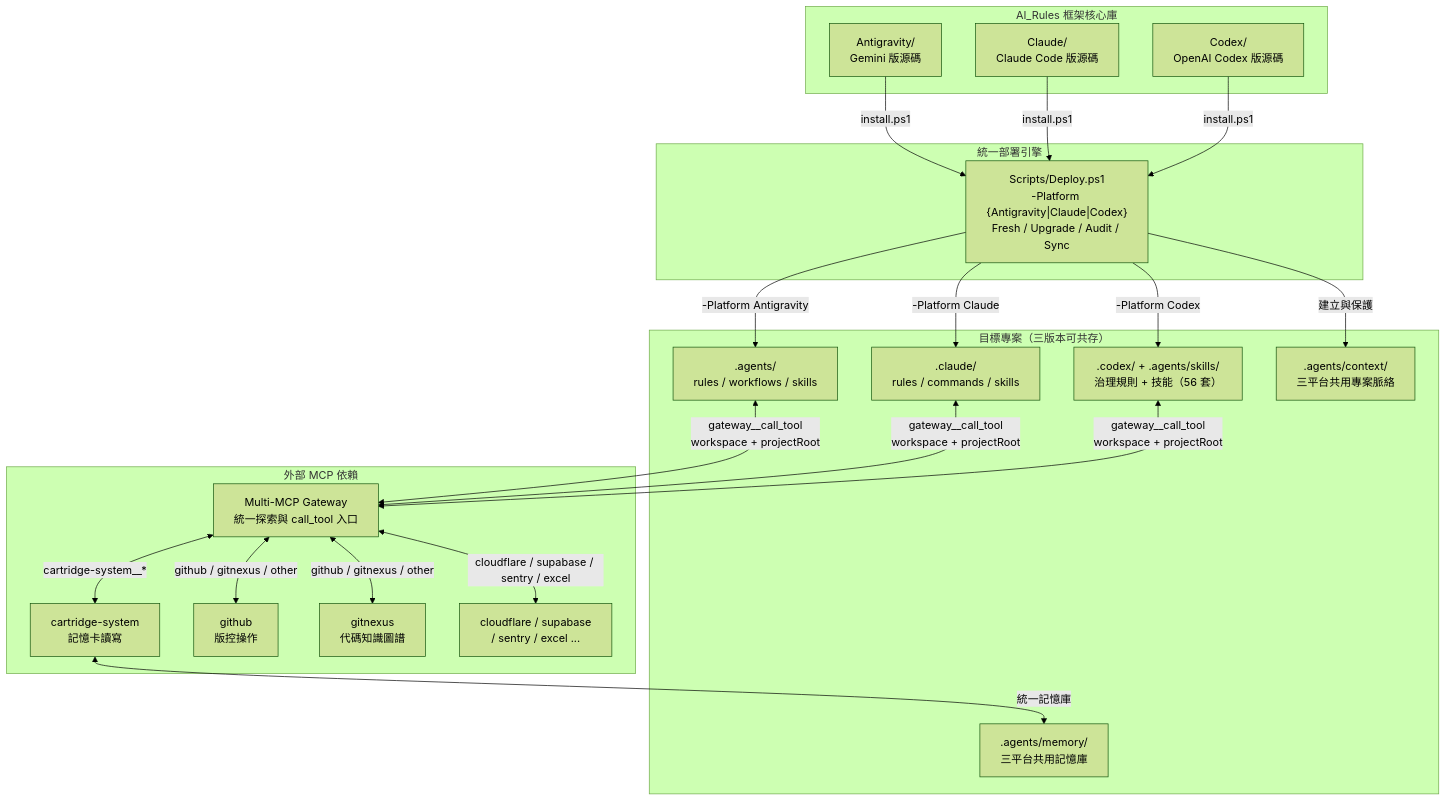
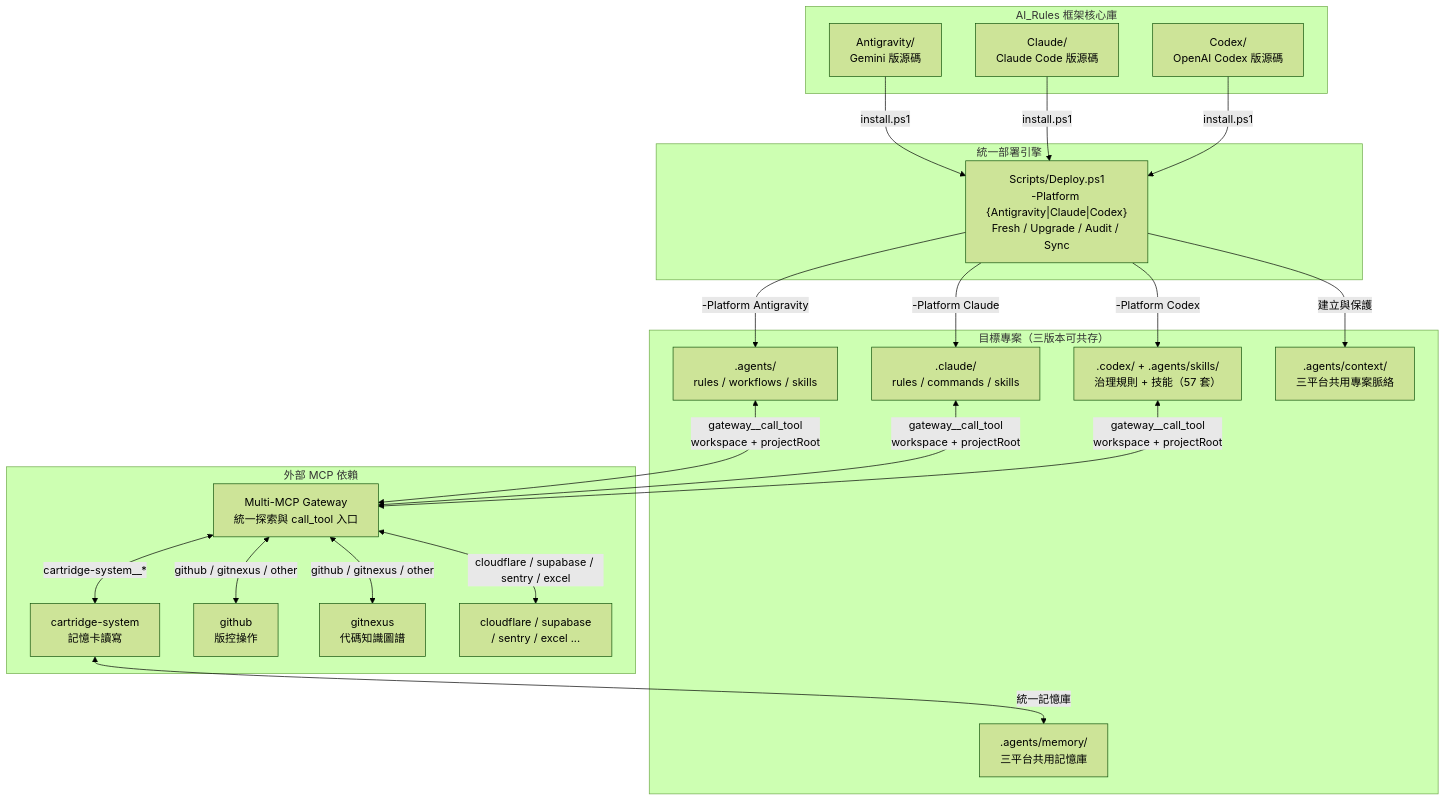
The first of 3 diagrams in README.md (Kunshao1117/AI_Rules), drawn with Mermaid (forest theme) before and after one commit. The commit also changed other lines of this file and 18 other files, not shown here.

````diff
--- a/README.md
+++ b/README.md
@@ -233,44 +233,44 @@
 ```mermaid
 graph TB
     subgraph "AI_Rules 框架核心庫"
         AG["Antigravity/<br/>Gemini 版源碼"]
         CL["Claude/<br/>Claude Code 版源碼"]
         CX["Codex/<br/>OpenAI Codex 版源碼"]
     end
 
     subgraph "統一部署引擎"
         DEPLOY["Scripts/Deploy.ps1<br/>-Platform {Antigravity|Claude|Codex}<br/>Fresh / Upgrade / Audit / Sync"]
     end
 
     subgraph "目標專案（三版本可共存）"
         AGE[".agents/<br/>rules / workflows / skills"]
         CLE[".claude/<br/>rules / commands / skills"]
-        CXE[".codex/ + .agents/skills/<br/>治理規則 + 技能（56 套）"]
+        CXE[".codex/ + .agents/skills/<br/>治理規則 + 技能（57 套）"]
         MEM[".agents/memory/<br/>三平台共用記憶庫"]
         CTX[".agents/context/<br/>三平台共用專案脈絡"]
     end
 
     subgraph "外部 MCP 依賴"
         GW["Multi-MCP Gateway<br/>統一探索與 call_tool 入口"]
         CART["cartridge-system<br/>記憶卡讀寫"]
         GH["github<br/>版控操作"]
         GN["gitnexus<br/>代碼知識圖譜"]
         OTHER["cloudflare / supabase<br/>/ sentry / excel ..."]
     end
 
     AG -->|"install.ps1"| DEPLOY
     CL -->|"install.ps1"| DEPLOY
     CX -->|"install.ps1"| DEPLOY
     DEPLOY -->|"-Platform Antigravity"| AGE
     DEPLOY -->|"-Platform Claude"| CLE
     DEPLOY -->|"-Platform Codex"| CXE
     AGE <-->|"gateway__call_tool<br/>workspace + projectRoot"| GW
     CLE <-->|"gateway__call_tool<br/>workspace + projectRoot"| GW
     CXE <-->|"gateway__call_tool<br/>workspace + projectRoot"| GW
     GW <-->|"cartridge-system__*"| CART
     GW <-->|"github / gitnexus / other"| GH
     GW <-->|"github / gitnexus / other"| GN
     GW <-->|"cloudflare / supabase / sentry / excel"| OTHER
     CART <-->|"統一記憶庫"| MEM
     DEPLOY -->|"建立與保護"| CTX
 ```
````
